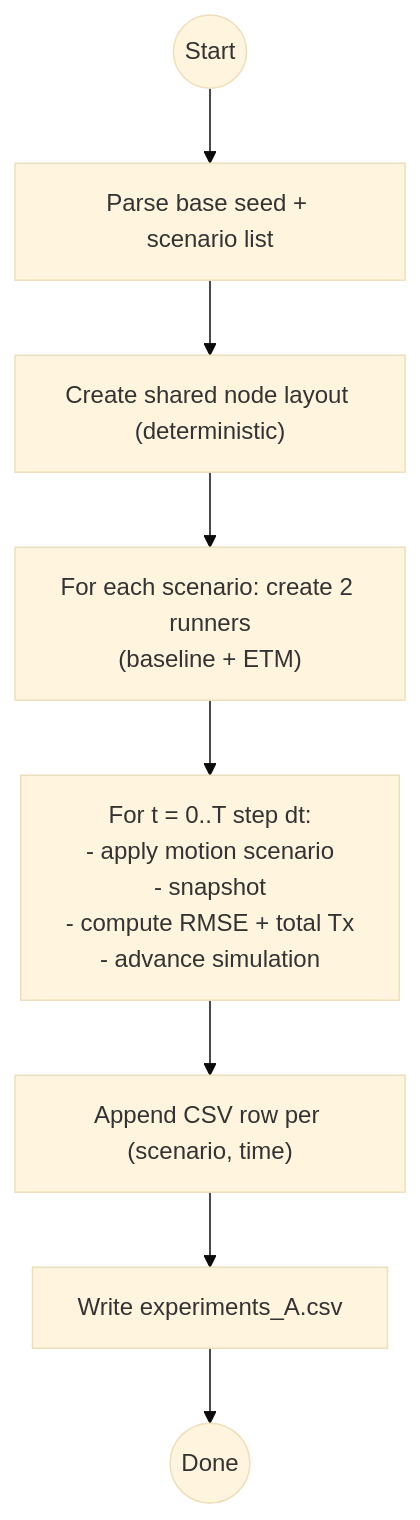
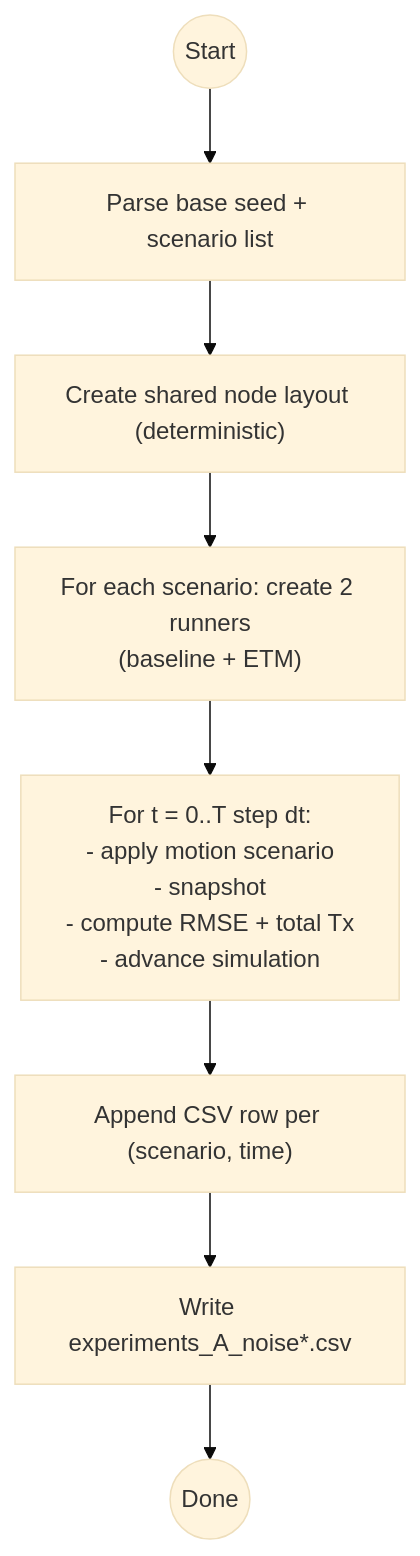
Before and after one commit to ChickenSalsahub/ICUM-SIM: the first of 5 diagrams in src/experiments/README.md, drawn with Mermaid (base theme). The commit also changed other lines of this file and 17 other files, not shown here.

````diff
--- a/src/experiments/README.md
+++ b/src/experiments/README.md
@@ -65,10 +66,10 @@
 ```mermaid
 flowchart TD
   A0(("Start")) --> A1["Parse base seed + scenario list"]
   A1 --> A2["Create shared node layout (deterministic)"]
   A2 --> A3["For each scenario: create 2 runners\n(baseline + ETM)"]
   A3 --> A4["For t = 0..T step dt:\n- apply motion scenario\n- snapshot\n- compute RMSE + total Tx\n- advance simulation"]
   A4 --> A5["Append CSV row per (scenario, time)"]
-  A5 --> A6["Write experiments_A.csv"]
+  A5 --> A6["Write experiments_A_noise*.csv"]
   A6 --> A7(("Done"))
 ```
````
